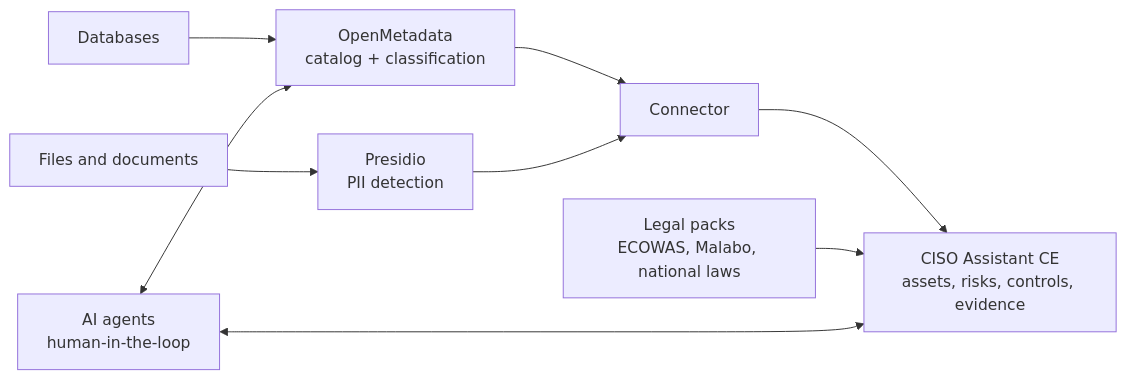
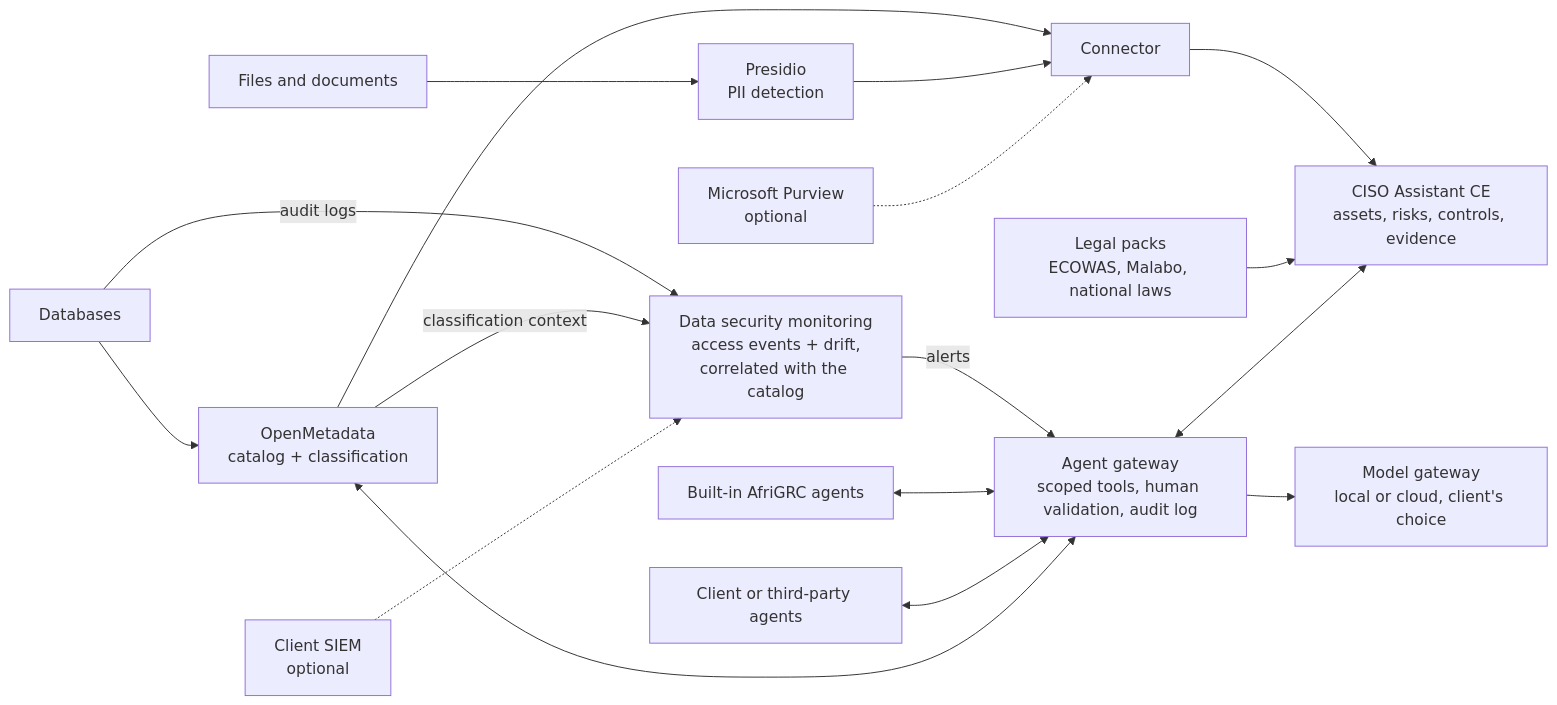
Before and after one commit to dukst0n/AfriGRC: the diagram in README.md, drawn with Mermaid. The commit also changed other lines of this file and 5 other files, not shown here.

````diff
--- a/README.md
+++ b/README.md
@@ -64,11 +77,19 @@
 ```mermaid
 flowchart LR
     A[Databases] --> C[OpenMetadata<br/>catalog + classification]
+    A -- audit logs --> S[Data security monitoring<br/>access events + drift,<br/>correlated with the catalog]
     B[Files and documents] --> D[Presidio<br/>PII detection]
     C --> E[Connector]
     D --> E
+    C -- classification context --> S
+    PV[Microsoft Purview<br/>optional] -.-> E
+    SIEM[Client SIEM<br/>optional] -.-> S
     E --> F[CISO Assistant CE<br/>assets, risks, controls, evidence]
     J[Legal packs<br/>ECOWAS, Malabo, national laws] --> F
-    G[AI agents<br/>human-in-the-loop] <--> F
-    G <--> C
+    S -- alerts --> P
+    P[Agent gateway<br/>scoped tools, human validation, audit log] <--> F
+    P <--> C
+    X[Built-in AfriGRC agents] <--> P
+    Y[Client or third-party agents] <--> P
+    P --> M[Model gateway<br/>local or cloud, client's choice]
 ```
````
